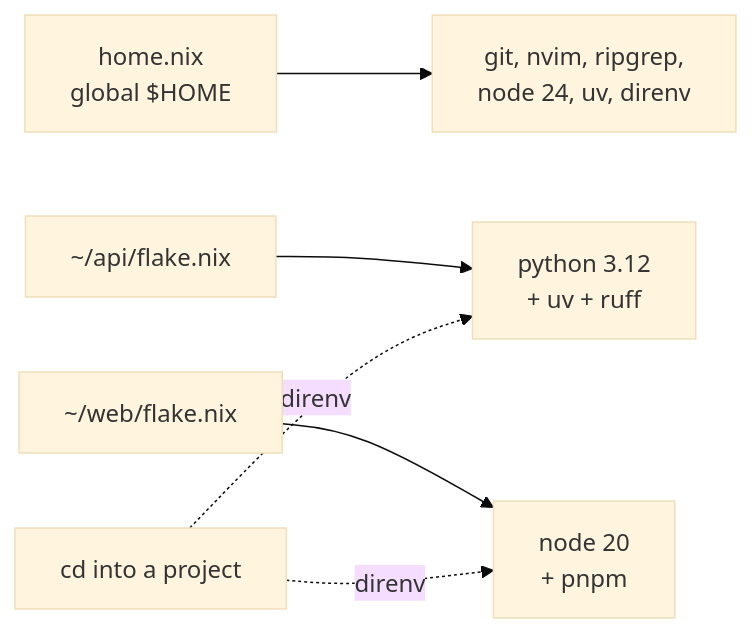
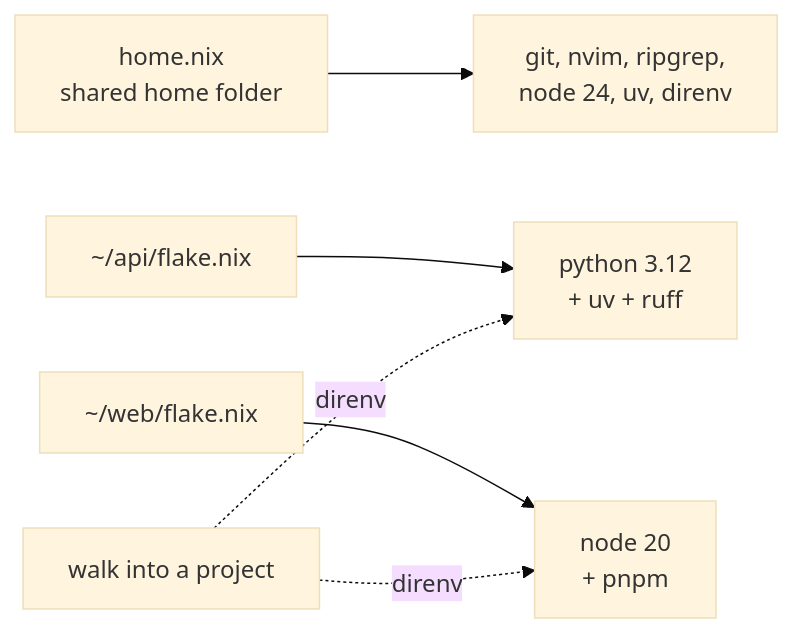
The diagram in docs/11-devshells.md (haotieu2001/dotfiles-wsl), drawn with Mermaid (base theme) before and after one commit. The commit also changed other lines of this file and 2 other files, not shown here.

````diff
--- a/docs/11-devshells.md
+++ b/docs/11-devshells.md
@@ -24,8 +22,8 @@
 ```mermaid
 flowchart LR
-    HN["home.nix<br/>global $HOME"] --> T["git, nvim, ripgrep,<br/>node 24, uv, direnv"]
+    HN["home.nix<br/>shared home folder"] --> T["git, nvim, ripgrep,<br/>node 24, uv, direnv"]
     P1["~/api/flake.nix"] --> S1["python 3.12<br/>+ uv + ruff"]
     P2["~/web/flake.nix"] --> S2["node 20<br/>+ pnpm"]
-    CD["cd into a project"] -.->|direnv| S1
+    CD["walk into a project"] -.->|direnv| S1
     CD -.->|direnv| S2
 ```
````
